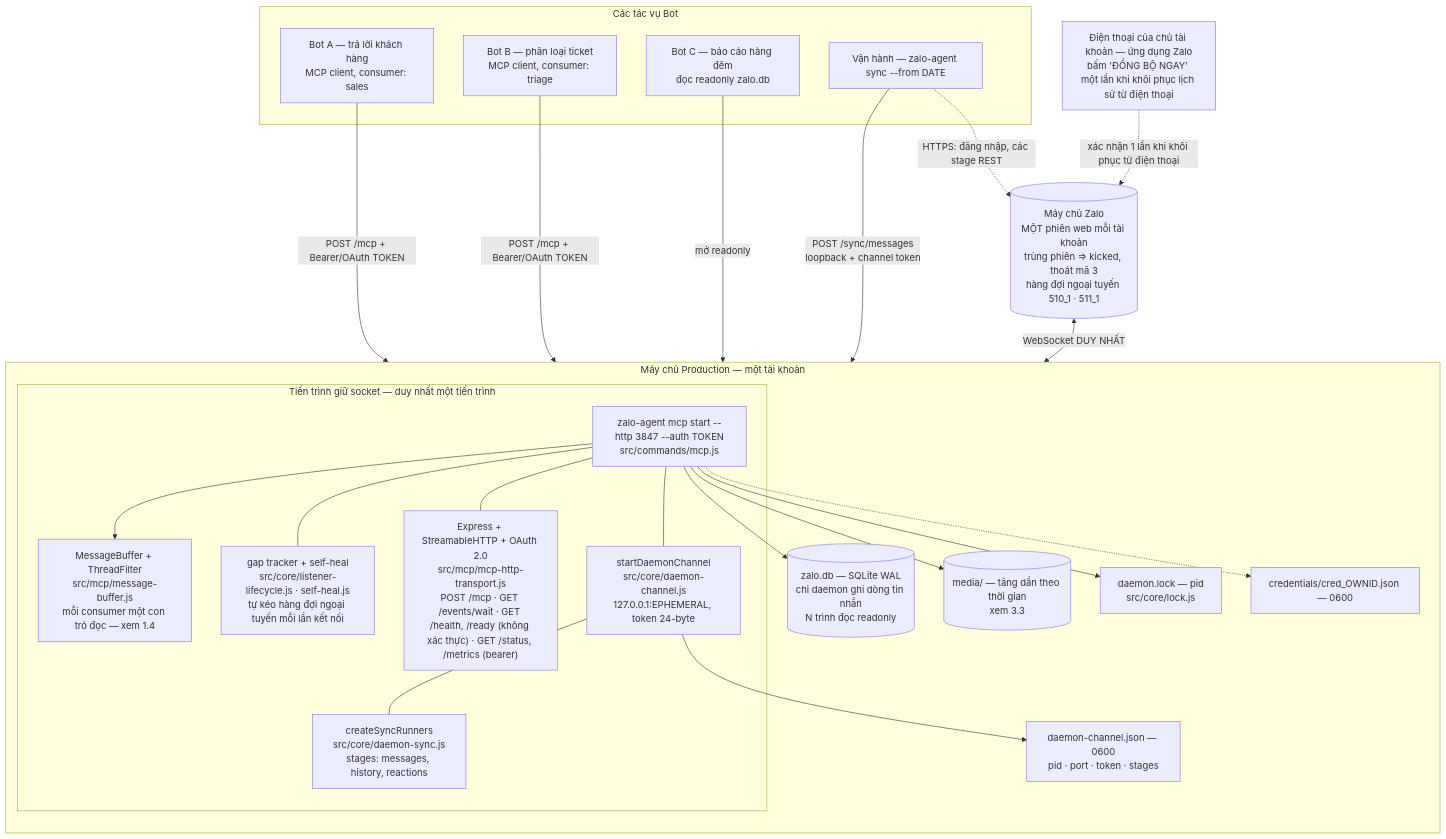
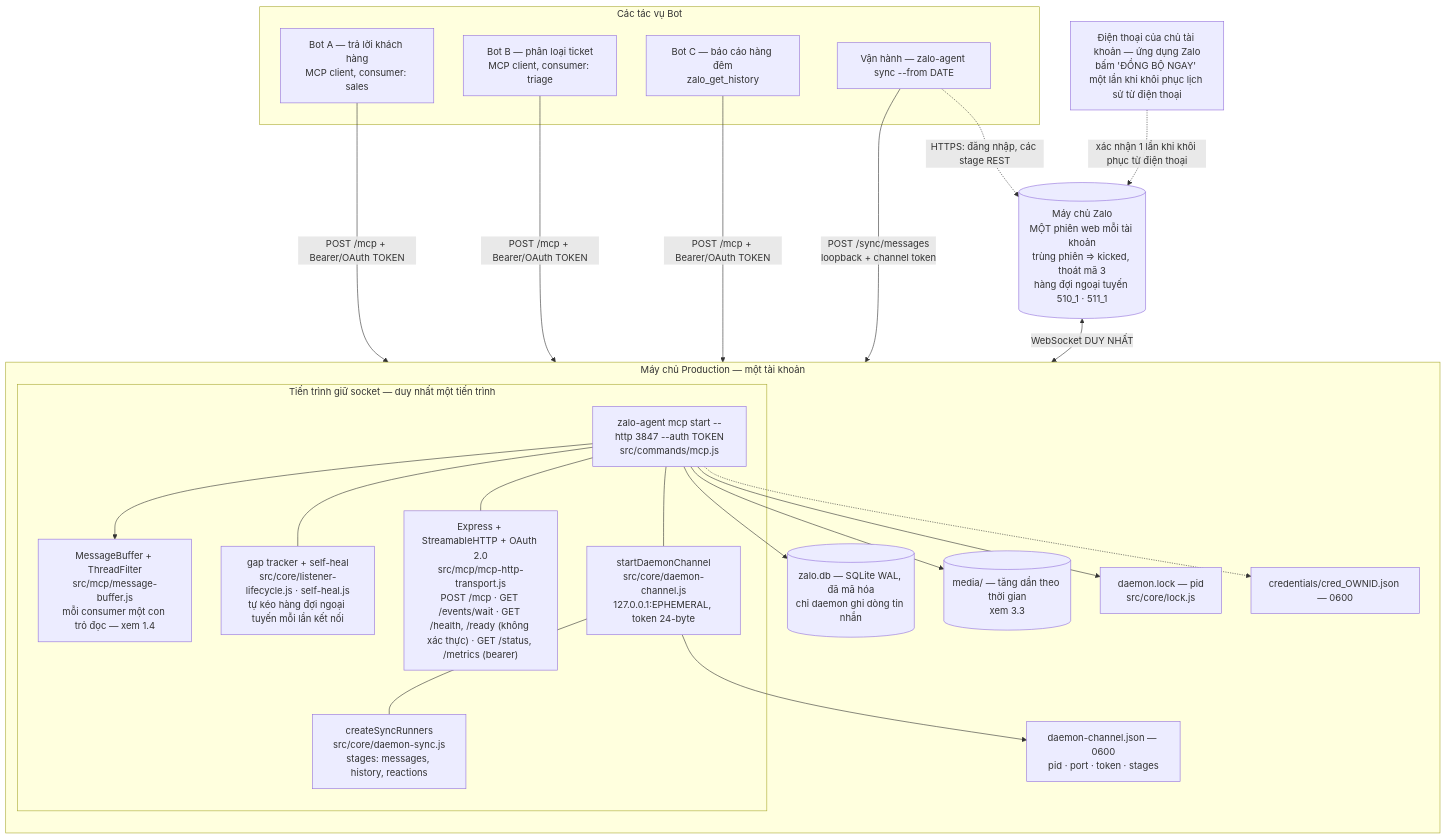
Before and after one commit to ardennguyen/zalo-agent-cli: the diagram in docs/deployment.vi.md, drawn with Mermaid. The commit also changed other lines of this file and 31 other files, not shown here.

````diff
--- a/docs/deployment.vi.md
+++ b/docs/deployment.vi.md
@@ -131,48 +134,48 @@
 ```mermaid
 flowchart TB
     phone["Điện thoại của chủ tài khoản — ứng dụng Zalo<br/>bấm 'ĐỒNG BỘ NGAY' một lần khi khôi phục lịch sử từ điện thoại"]
     zalo[("Máy chủ Zalo<br/>MỘT phiên web mỗi tài khoản<br/>trùng phiên ⇒ kicked, thoát mã 3<br/>hàng đợi ngoại tuyến 510_1 · 511_1")]
 
     subgraph host["Máy chủ Production — một tài khoản"]
       direction TB
       subgraph holder["Tiến trình giữ socket — duy nhất một tiến trình"]
         proc["zalo-agent mcp start --http 3847 --auth TOKEN<br/>src/commands/mcp.js"]
         http["Express + StreamableHTTP + OAuth 2.0<br/>src/mcp/mcp-http-transport.js<br/>POST /mcp · GET /events/wait · GET /health, /ready (không xác thực) · GET /status, /metrics (bearer)"]
         buf["MessageBuffer + ThreadFilter<br/>src/mcp/message-buffer.js<br/>mỗi consumer một con trỏ đọc — xem 1.4"]
         heal["gap tracker + self-heal<br/>src/core/listener-lifecycle.js · self-heal.js<br/>tự kéo hàng đợi ngoại tuyến mỗi lần kết nối"]
         chan["startDaemonChannel<br/>src/core/daemon-channel.js<br/>127.0.0.1:EPHEMERAL, token 24-byte"]
         run["createSyncRunners<br/>src/core/daemon-sync.js<br/>stages: messages, history, reactions"]
       end
       lock["daemon.lock — pid<br/>src/core/lock.js"]
       cj["daemon-channel.json — 0600<br/>pid · port · token · stages"]
-      db[("zalo.db — SQLite WAL<br/>chỉ daemon ghi dòng tin nhắn<br/>N trình đọc readonly")]
+      db[("zalo.db — SQLite WAL, đã mã hóa<br/>chỉ daemon ghi dòng tin nhắn")]
       med[("media/ — tăng dần theo thời gian<br/>xem 3.3")]
       cred["credentials/cred_OWNID.json — 0600"]
     end
 
     subgraph bots["Các tác vụ Bot"]
       b1["Bot A — trả lời khách hàng<br/>MCP client, consumer: sales"]
       b2["Bot B — phân loại ticket<br/>MCP client, consumer: triage"]
-      b3["Bot C — báo cáo hàng đêm<br/>đọc readonly zalo.db"]
+      b3["Bot C — báo cáo hàng đêm<br/>zalo_get_history"]
       b4["Vận hành — zalo-agent sync --from DATE"]
     end
 
     phone -.->|"xác nhận 1 lần khi khôi phục từ điện thoại"| zalo
     zalo <-->|"WebSocket DUY NHẤT"| proc
     proc --> buf
     proc --- heal
     proc --> db
     proc --> med
     proc --> lock
     proc --- http
     proc --- chan
     chan --- run
     chan --> cj
     proc -.-> cred
 
     b1 -->|"POST /mcp + Bearer/OAuth TOKEN"| http
     b2 -->|"POST /mcp + Bearer/OAuth TOKEN"| http
-    b3 -->|"mở readonly"| db
+    b3 -->|"POST /mcp + Bearer/OAuth TOKEN"| http
     b4 -->|"POST /sync/messages<br/>loopback + channel token"| chan
     b4 -.->|"HTTPS: đăng nhập, các stage REST"| zalo
 ```
````
